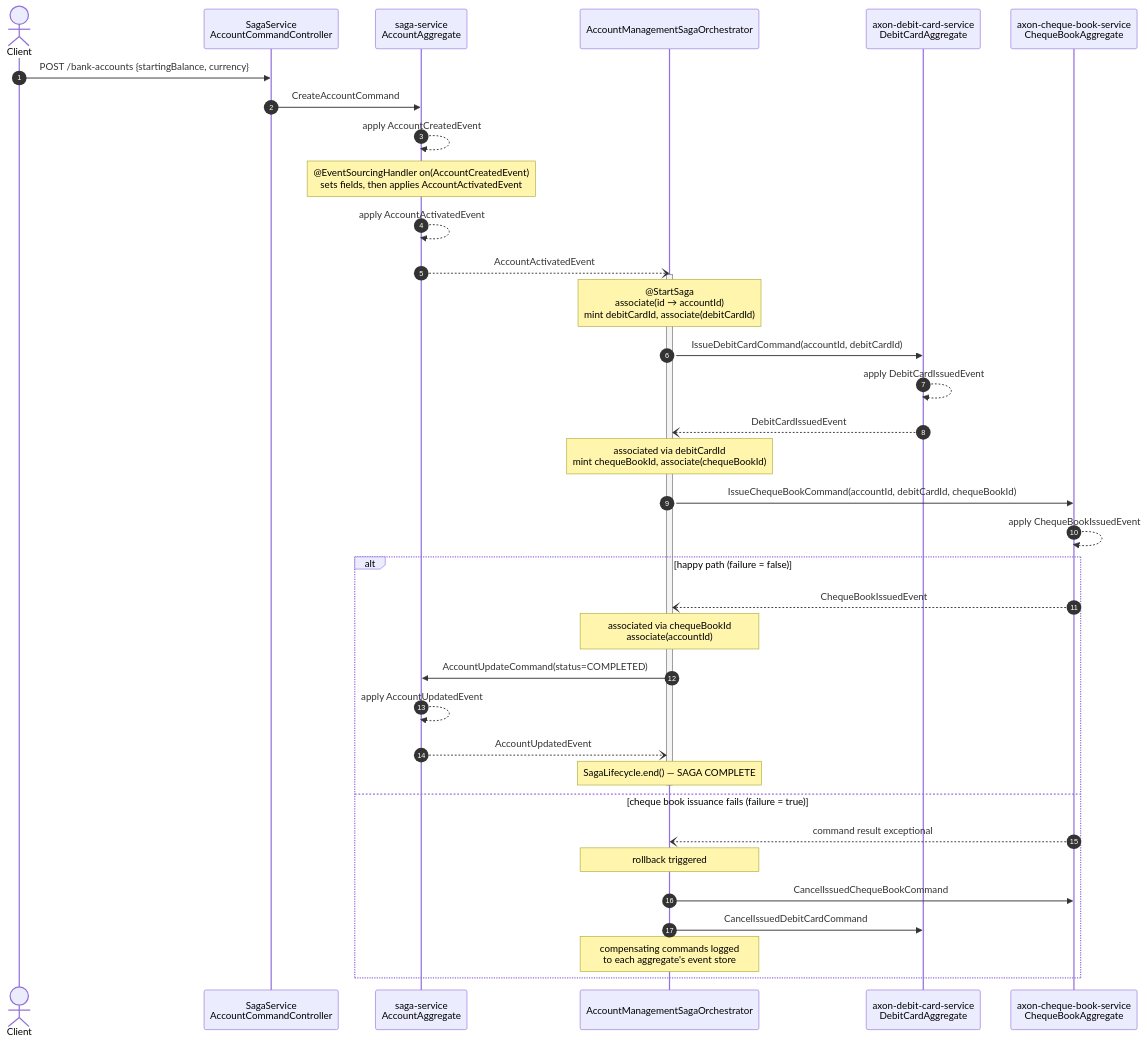
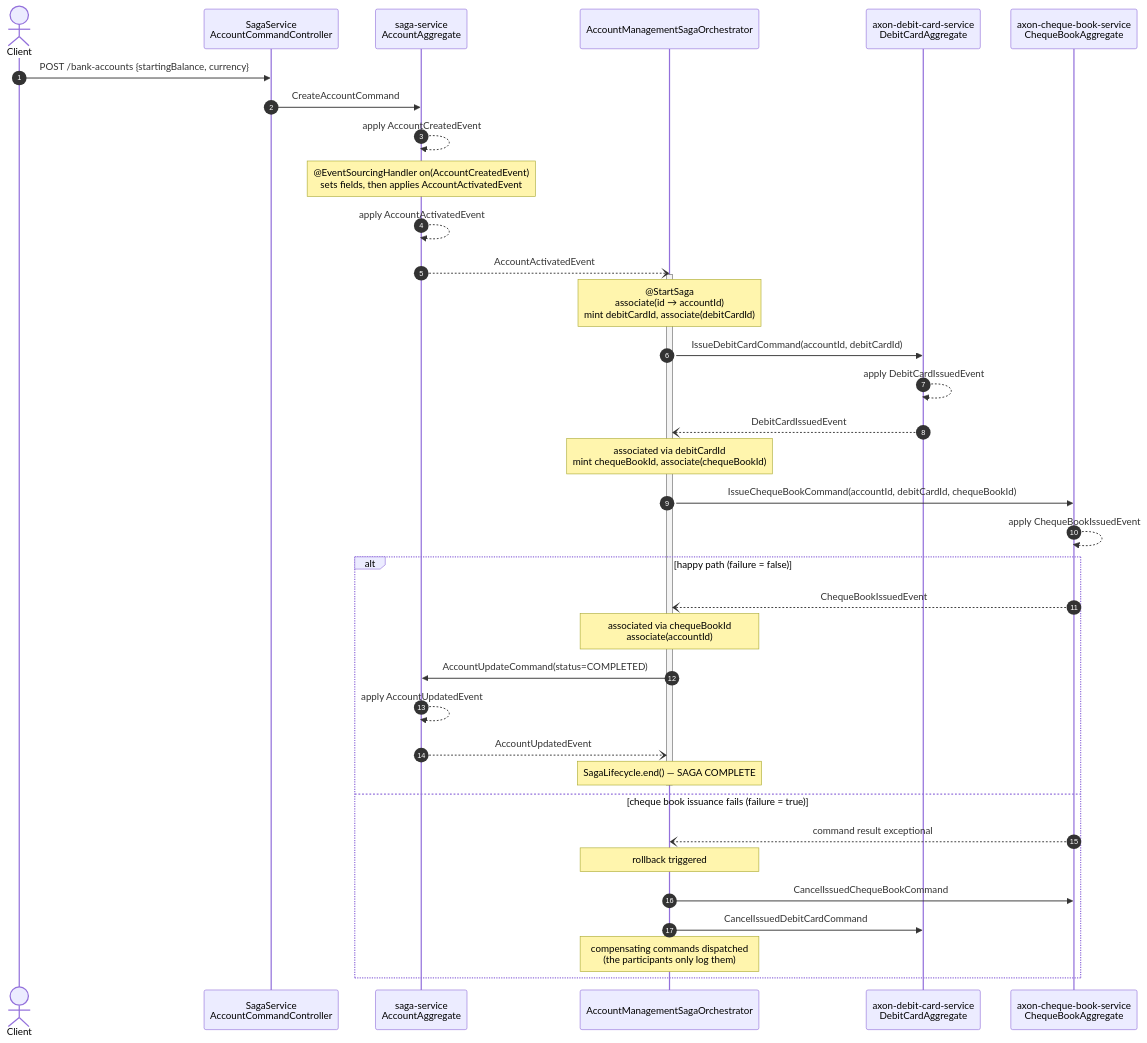
The second of 2 diagrams in README.md (himnay/learning-axon), drawn with Mermaid before and after one commit. The commit also changed other lines of this file and 2 other files, not shown here.

````diff
--- a/README.md
+++ b/README.md
@@ -407,43 +433,43 @@
 ```mermaid
 sequenceDiagram
     autonumber
     actor Client
     participant SagaCtrl as SagaService<br/>AccountCommandController
     participant AccAgg as saga-service<br/>AccountAggregate
     participant Saga as AccountManagementSagaOrchestrator
     participant DebitAgg as axon-debit-card-service<br/>DebitCardAggregate
     participant ChequeAgg as axon-cheque-book-service<br/>ChequeBookAggregate
 
     Client->>SagaCtrl: POST /bank-accounts {startingBalance, currency}
     SagaCtrl->>AccAgg: CreateAccountCommand
     AccAgg-->>AccAgg: apply AccountCreatedEvent
     Note over AccAgg: @EventSourcingHandler on(AccountCreatedEvent)<br/>sets fields, then applies AccountActivatedEvent
     AccAgg-->>AccAgg: apply AccountActivatedEvent
 
     AccAgg--)Saga: AccountActivatedEvent
     activate Saga
     Note over Saga: @StartSaga<br/>associate(id → accountId)<br/>mint debitCardId, associate(debitCardId)
     Saga->>DebitAgg: IssueDebitCardCommand(accountId, debitCardId)
     DebitAgg-->>DebitAgg: apply DebitCardIssuedEvent
 
     DebitAgg--)Saga: DebitCardIssuedEvent
     Note over Saga: associated via debitCardId<br/>mint chequeBookId, associate(chequeBookId)
     Saga->>ChequeAgg: IssueChequeBookCommand(accountId, debitCardId, chequeBookId)
     ChequeAgg-->>ChequeAgg: apply ChequeBookIssuedEvent
 
     alt happy path (failure = false)
         ChequeAgg--)Saga: ChequeBookIssuedEvent
         Note over Saga: associated via chequeBookId<br/>associate(accountId)
         Saga->>AccAgg: AccountUpdateCommand(status=COMPLETED)
         AccAgg-->>AccAgg: apply AccountUpdatedEvent
         AccAgg--)Saga: AccountUpdatedEvent
         Note over Saga: SagaLifecycle.end() — SAGA COMPLETE
         deactivate Saga
     else cheque book issuance fails (failure = true)
         ChequeAgg--)Saga: command result exceptional
         Note over Saga: rollback triggered
         Saga->>ChequeAgg: CancelIssuedChequeBookCommand
         Saga->>DebitAgg: CancelIssuedDebitCardCommand
-        Note over Saga: compensating commands logged<br/>to each aggregate's event store
+        Note over Saga: compensating commands dispatched<br/>(the participants only log them)
     end
 ```
````
